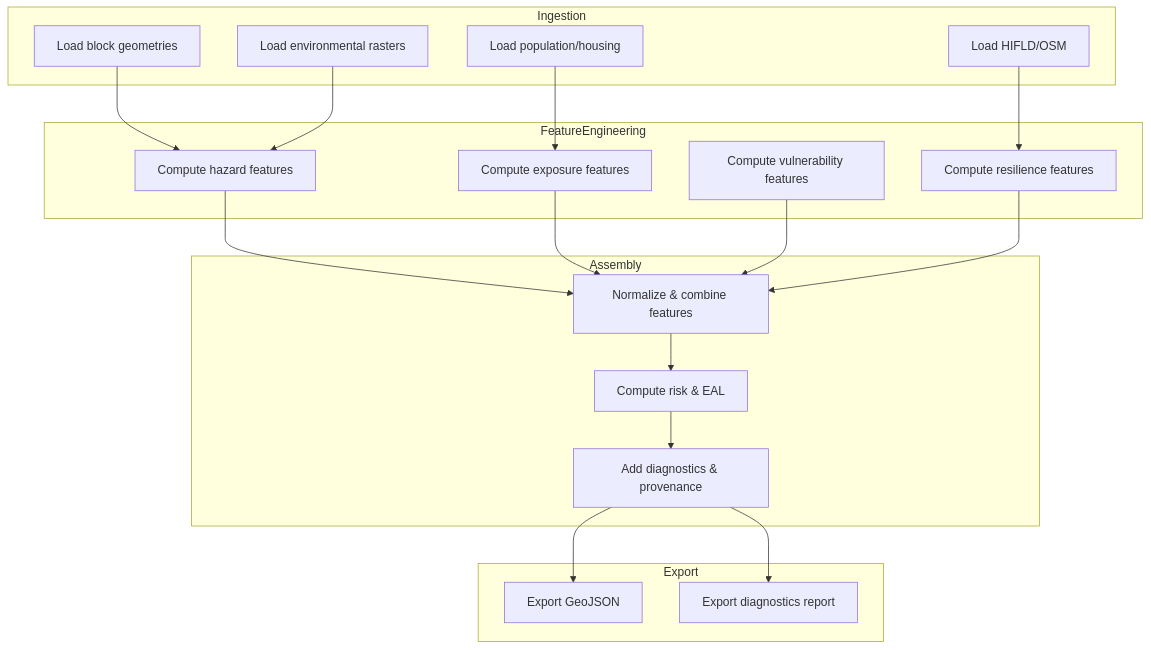
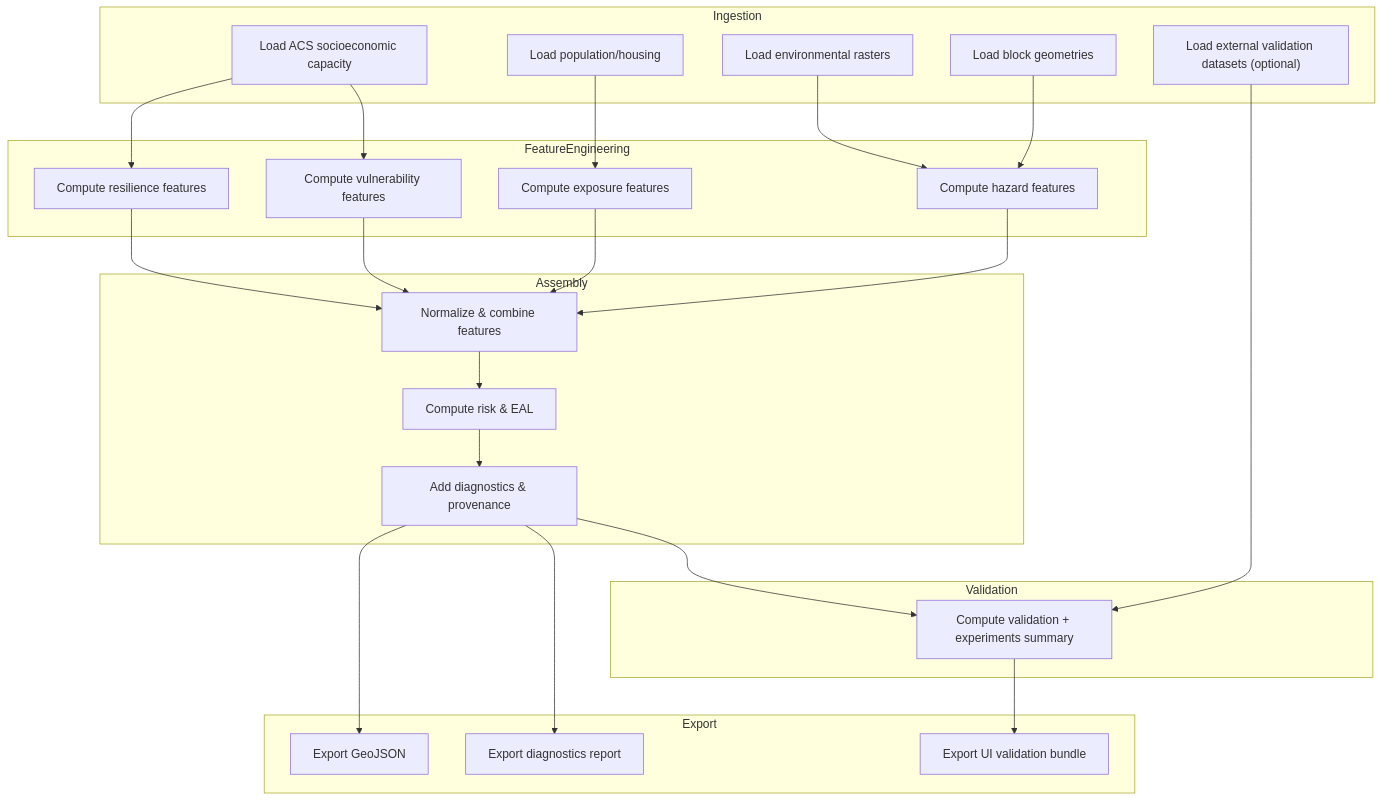
Before and after one commit to psingh449/wildfire-risk-mapping: the diagram in data_flow_diagram.mmd, drawn with Mermaid. The commit also changed 2 other files, not shown here.

Commit message:
docs: sync Mermaid data-flow and calculation diagrams

```diff
--- a/data_flow_diagram.mmd
+++ b/data_flow_diagram.mmd
@@ -1,34 +1,43 @@
 flowchart TD
     subgraph Ingestion
-        A[Load block geometries]
-        B[Load population/housing]
-        C[Load environmental rasters]
-        D[Load HIFLD/OSM]
+        IG_A[Load block geometries]
+        IG_B[Load population/housing]
+        IG_C[Load environmental rasters]
+        IG_D[Load ACS socioeconomic capacity]
+        IG_E["Load external validation datasets (optional)"]
     end
     subgraph FeatureEngineering
-        E[Compute hazard features]
-        F[Compute exposure features]
-        G[Compute vulnerability features]
-        H[Compute resilience features]
+        FE_E[Compute hazard features]
+        FE_F[Compute exposure features]
+        FE_G[Compute vulnerability features]
+        FE_H[Compute resilience features]
     end
     subgraph Assembly
-        I[Normalize & combine features]
-        J[Compute risk & EAL]
-        K[Add diagnostics & provenance]
+        AS_I["Normalize & combine features"]
+        AS_J["Compute risk & EAL"]
+        AS_K["Add diagnostics & provenance"]
+    end
+    subgraph Validation
+        VA_V["Compute validation + experiments summary"]
     end
     subgraph Export
-        L[Export GeoJSON]
-        M[Export diagnostics report]
+        EX_L[Export GeoJSON]
+        EX_M[Export diagnostics report]
+        EX_N[Export UI validation bundle]
     end
-    A --> E
-    B --> F
-    C --> E
-    D --> H
-    E --> I
-    F --> I
-    G --> I
-    H --> I
-    I --> J
-    J --> K
-    K --> L
-    K --> M
+    IG_A --> FE_E
+    IG_B --> FE_F
+    IG_C --> FE_E
+    IG_D --> FE_G
+    IG_D --> FE_H
+    IG_E --> VA_V
+    FE_E --> AS_I
+    FE_F --> AS_I
+    FE_G --> AS_I
+    FE_H --> AS_I
+    AS_I --> AS_J
+    AS_J --> AS_K
+    AS_K --> VA_V
+    AS_K --> EX_L
+    AS_K --> EX_M
+    VA_V --> EX_N
```
